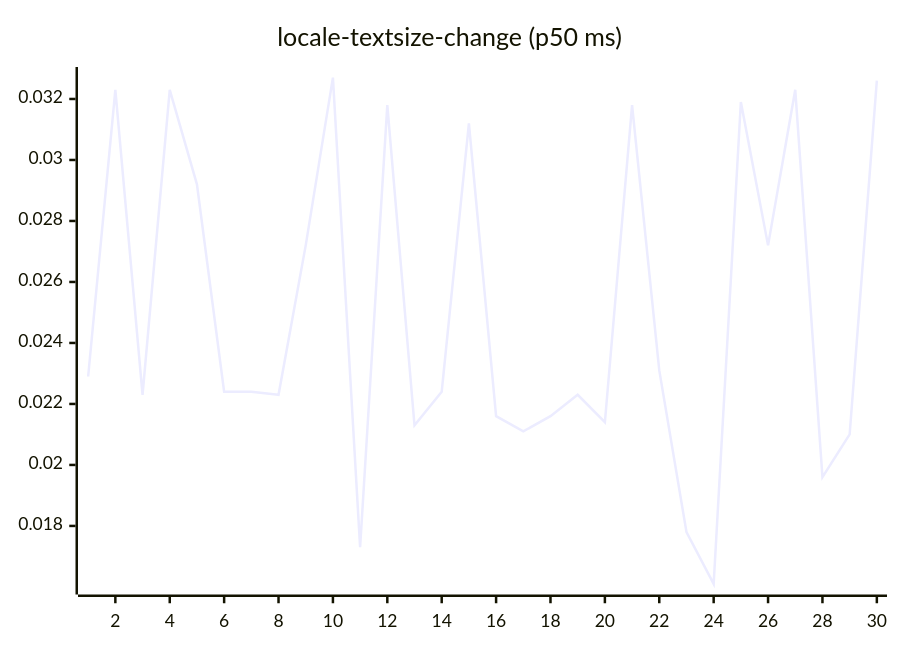
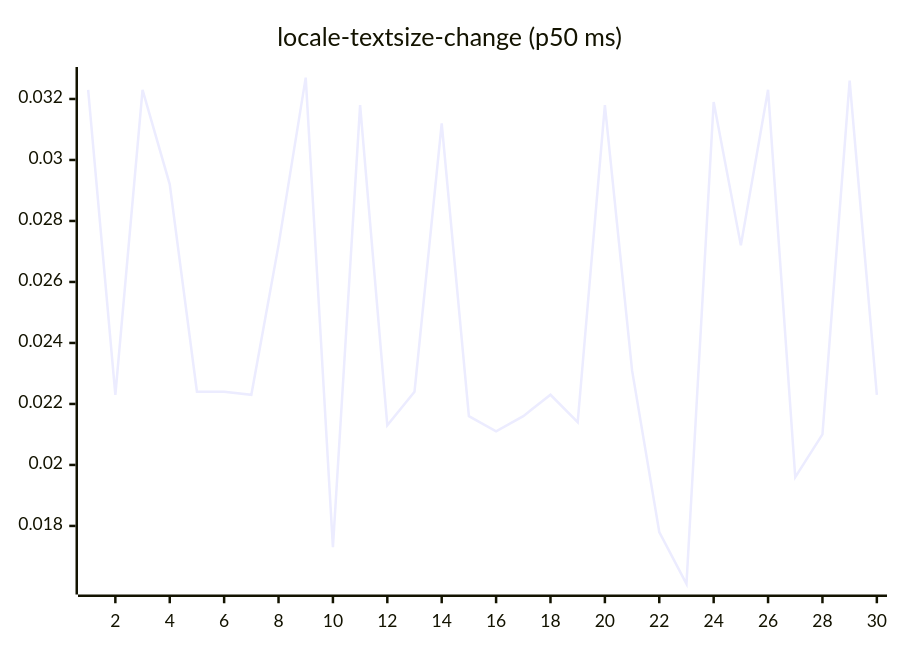
Before and after one commit to josha/Facet: diagram 13 of 27 in README.md, drawn with Mermaid. The commit also changed other lines of this file and 2 other files, not shown here.

````diff
--- a/README.md
+++ b/README.md
@@ -147,6 +147,6 @@
 ```mermaid
 xychart-beta
     title "locale-textsize-change (p50 ms)"
     x-axis 1 --> 30
-    line [0.0229, 0.0323, 0.0223, 0.0323, 0.0292, 0.0224, 0.0224, 0.0223, 0.0272, 0.0327, 0.0173, 0.0318, 0.0213, 0.0224, 0.0312, 0.0216, 0.0211, 0.0216, 0.0223, 0.0214, 0.0318, 0.0231, 0.0178, 0.0161, 0.0319, 0.0272, 0.0323, 0.0196, 0.0210, 0.0326]
+    line [0.0323, 0.0223, 0.0323, 0.0292, 0.0224, 0.0224, 0.0223, 0.0272, 0.0327, 0.0173, 0.0318, 0.0213, 0.0224, 0.0312, 0.0216, 0.0211, 0.0216, 0.0223, 0.0214, 0.0318, 0.0231, 0.0178, 0.0161, 0.0319, 0.0272, 0.0323, 0.0196, 0.0210, 0.0326, 0.0223]
 ```
````
